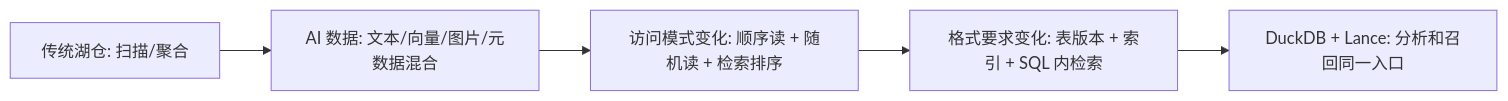
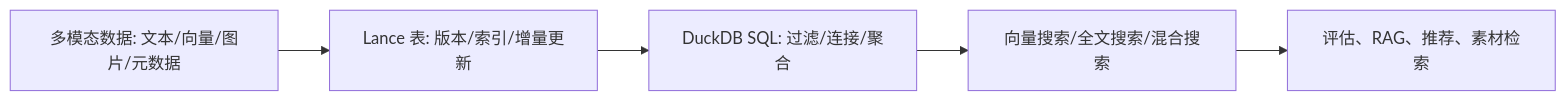
One commit to digoal/blog changed the diagram in 202605/20260520_08.md. Above: the diagram before and after it, drawn with Mermaid. The commit also changed other lines of this file, not shown here.

````diff
--- a/202605/20260520_08.md
+++ b/202605/20260520_08.md
@@ -26,7 +24,7 @@
 ```mermaid
 flowchart LR
-  A["传统湖仓: 扫描/聚合"] --> B["AI 数据: 文本/向量/图片/元数据混合"]
-  B --> C["访问模式变化: 顺序读 + 随机读 + 检索排序"]
-  C --> D["格式要求变化: 表版本 + 索引 + SQL 内检索"]
-  D --> E["DuckDB + Lance: 分析和召回同一入口"]
+  A["多模态数据: 文本/向量/图片/元数据"] --> B["Lance 表: 版本/索引/增量更新"]
+  B --> C["DuckDB SQL: 过滤/连接/聚合"]
+  C --> D["向量搜索/全文搜索/混合搜索"]
+  D --> E["评估、RAG、推荐、素材检索"]
 ```
````
